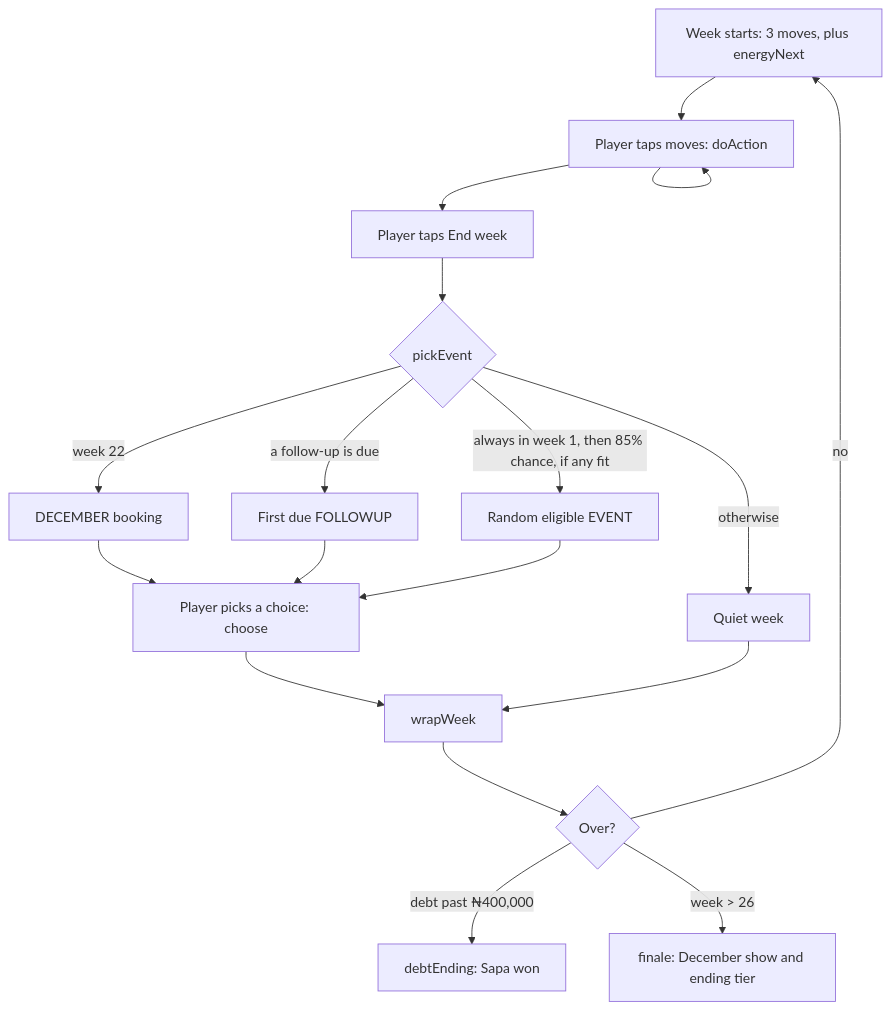
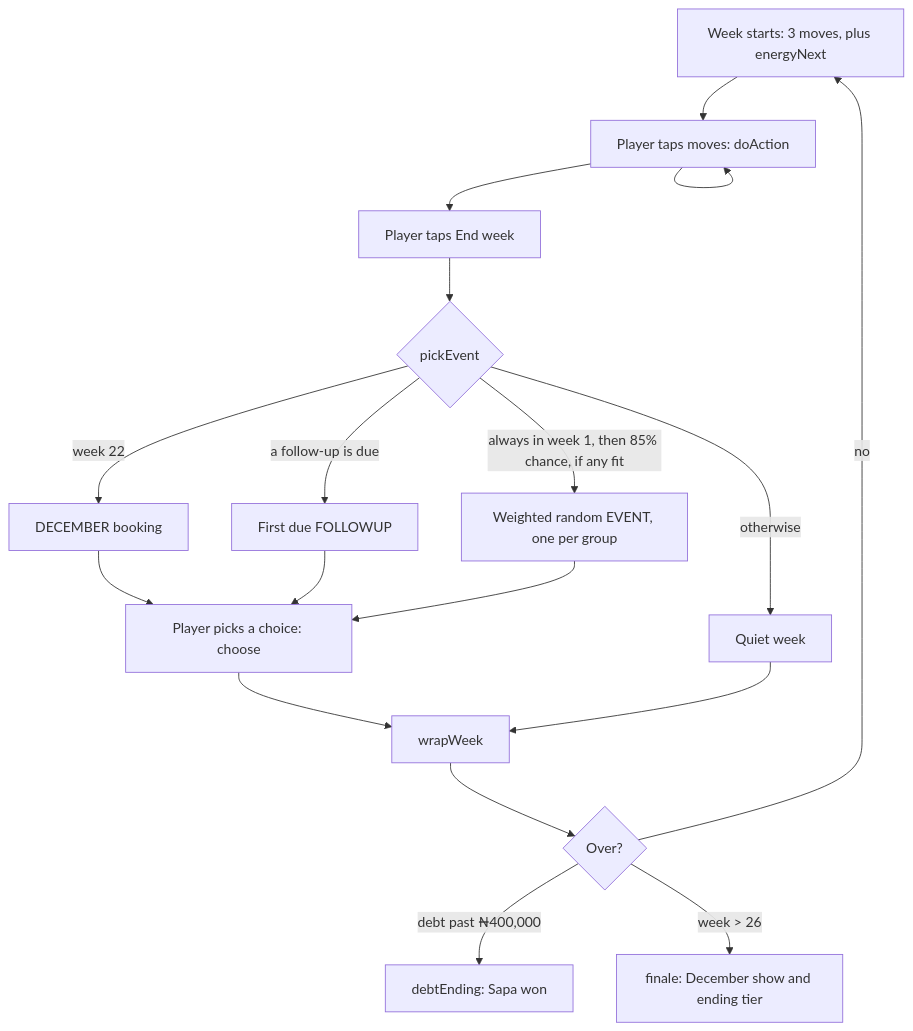
Before and after one commit to tiwadara/lagos-superstar: the diagram in docs/architecture.md, drawn with Mermaid. The commit also changed other lines of this file and 8 other files, not shown here.

````diff
--- a/docs/architecture.md
+++ b/docs/architecture.md
@@ -53,18 +53,18 @@
 ```mermaid
 flowchart TD
   A[Week starts: 3 moves, plus energyNext] --> B[Player taps moves: doAction]
   B --> B
   B --> C[Player taps End week]
   C --> D{pickEvent}
   D -- week 22 --> E[DECEMBER booking]
   D -- a follow-up is due --> F[First due FOLLOWUP]
-  D -- always in week 1, then 85% chance, if any fit --> G[Random eligible EVENT]
+  D -- always in week 1, then 85% chance, if any fit --> G[Weighted random EVENT, one per group]
   D -- otherwise --> H[Quiet week]
   E & F & G --> I[Player picks a choice: choose]
   I --> J[wrapWeek]
   H --> J
   J --> K{Over?}
   K -- debt past ₦400,000 --> L[debtEnding: Sapa won]
   K -- week > 26 --> M[finale: December show and ending tier]
   K -- no --> A
 ```
````
